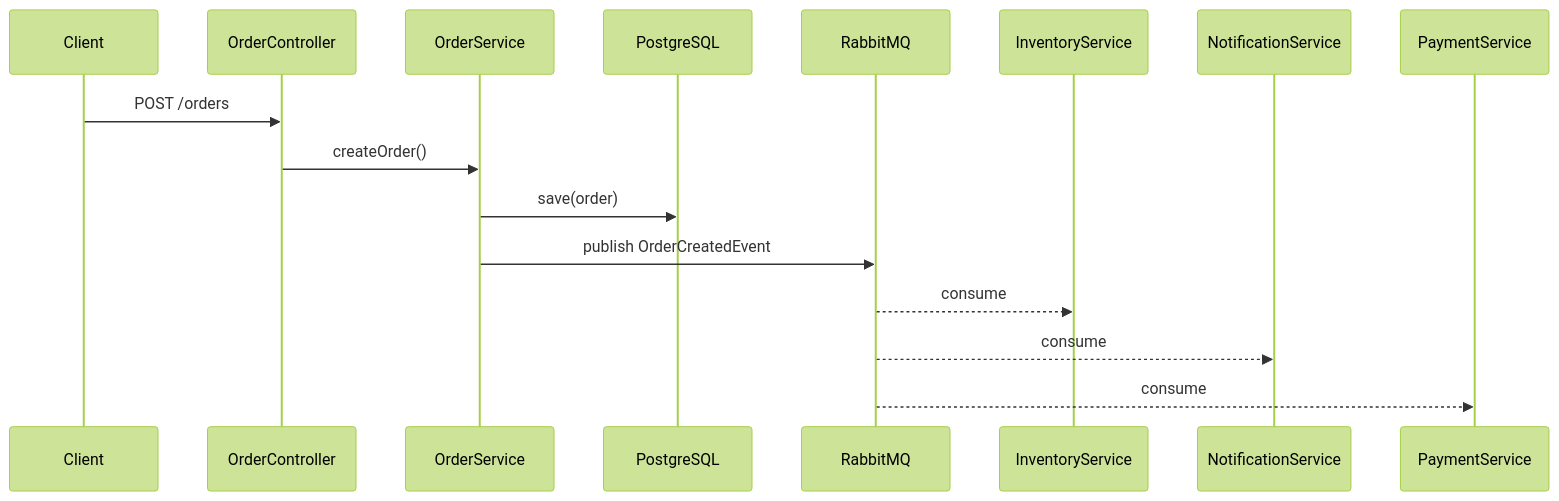
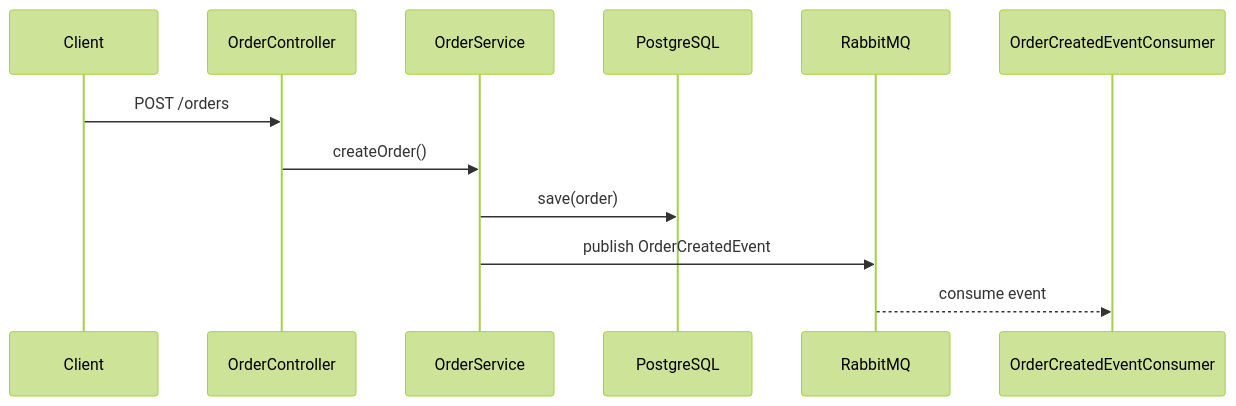
The fourth of 5 diagrams in README.md (ME-Massine/Orderflow), drawn with Mermaid (forest theme) before and after one commit. The commit also changed other lines of this file and 1 other file, not shown here.

````diff
--- a/README.md
+++ b/README.md
@@ -169,10 +146,8 @@
 ```mermaid
 sequenceDiagram
 Client->>OrderController: POST /orders
 OrderController->>OrderService: createOrder()
 OrderService->>PostgreSQL: save(order)
 OrderService->>RabbitMQ: publish OrderCreatedEvent
-RabbitMQ-->>InventoryService: consume
-RabbitMQ-->>NotificationService: consume
-RabbitMQ-->>PaymentService: consume
+RabbitMQ-->>OrderCreatedEventConsumer: consume event
 ```
````
